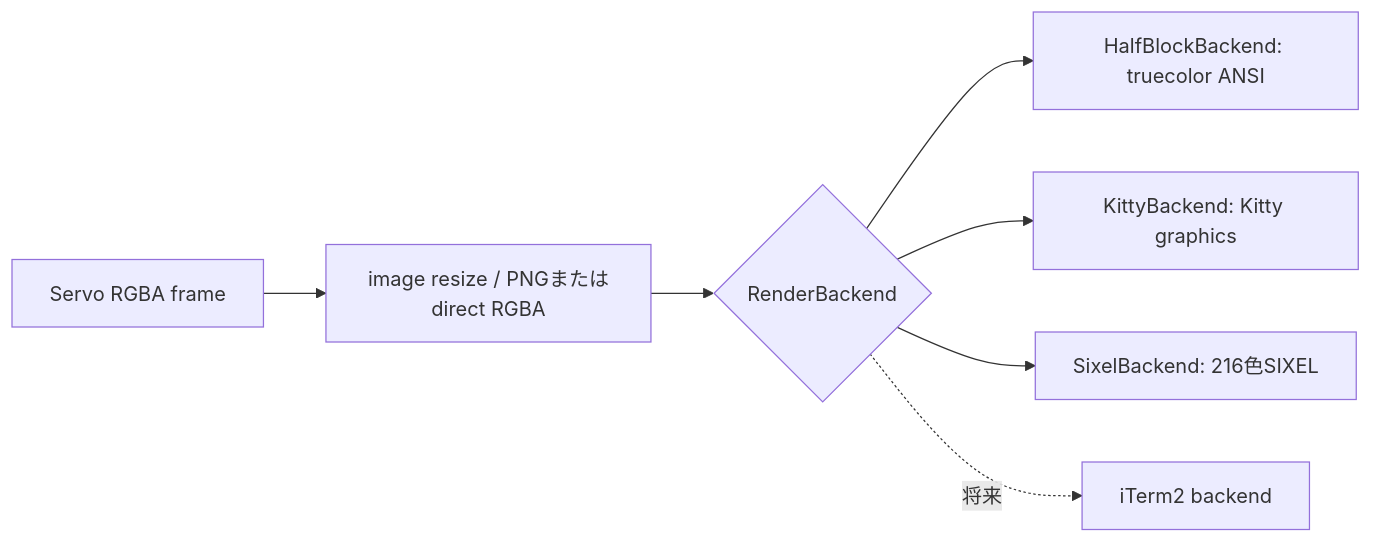
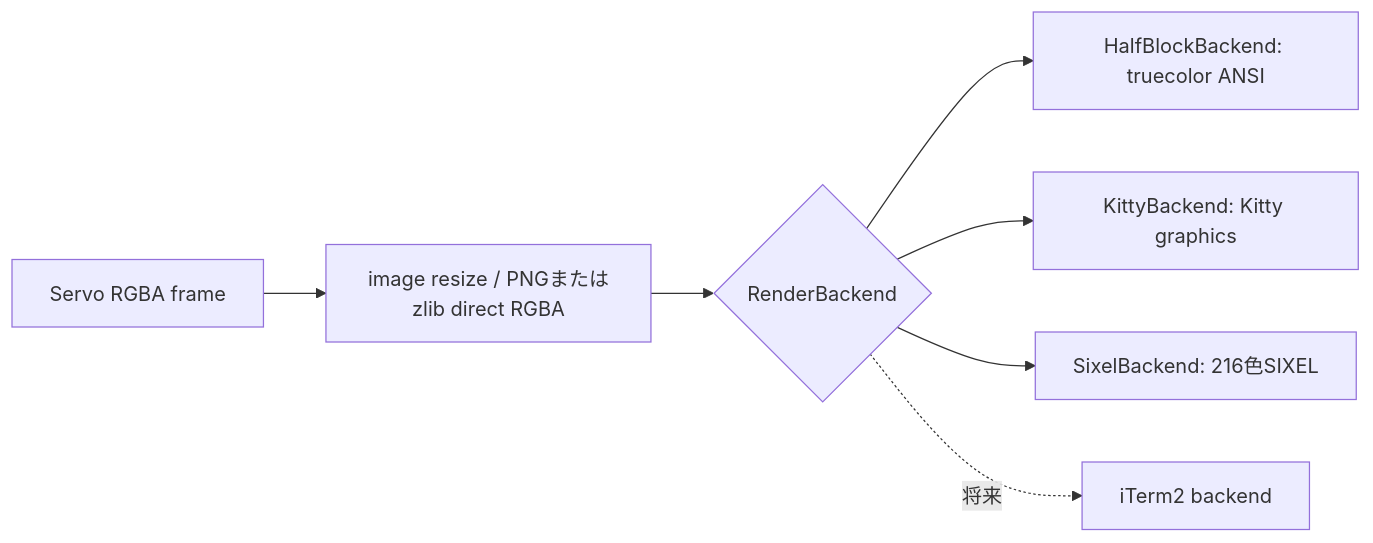
One commit to oyoguhito/fpasobrowser changed the fifth of 5 diagrams in docs/flow.ja.md. Above: the diagram before and after it, drawn with Mermaid. The commit also changed 11 other files, not shown here.

````diff
--- a/docs/flow.ja.md
+++ b/docs/flow.ja.md
@@ -98,9 +98,9 @@
 ```mermaid
 flowchart LR
-    A[Servo RGBA frame] --> B[image resize / PNGまたはdirect RGBA]
+    A[Servo RGBA frame] --> B[image resize / PNGまたはzlib direct RGBA]
     B --> C{RenderBackend}
     C --> D[HalfBlockBackend: truecolor ANSI]
     C --> E[KittyBackend: Kitty graphics]
     C --> F[SixelBackend: 216色SIXEL]
     C -. 将来 .-> G[iTerm2 backend]
 ```
````
